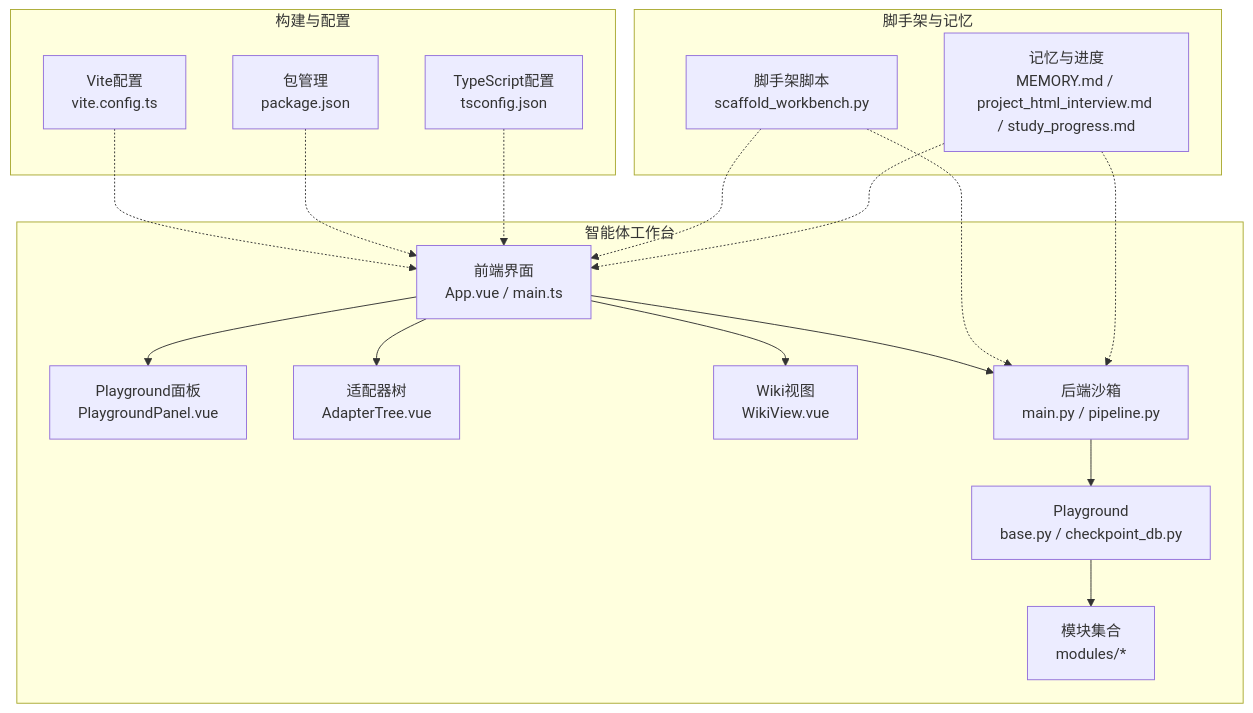
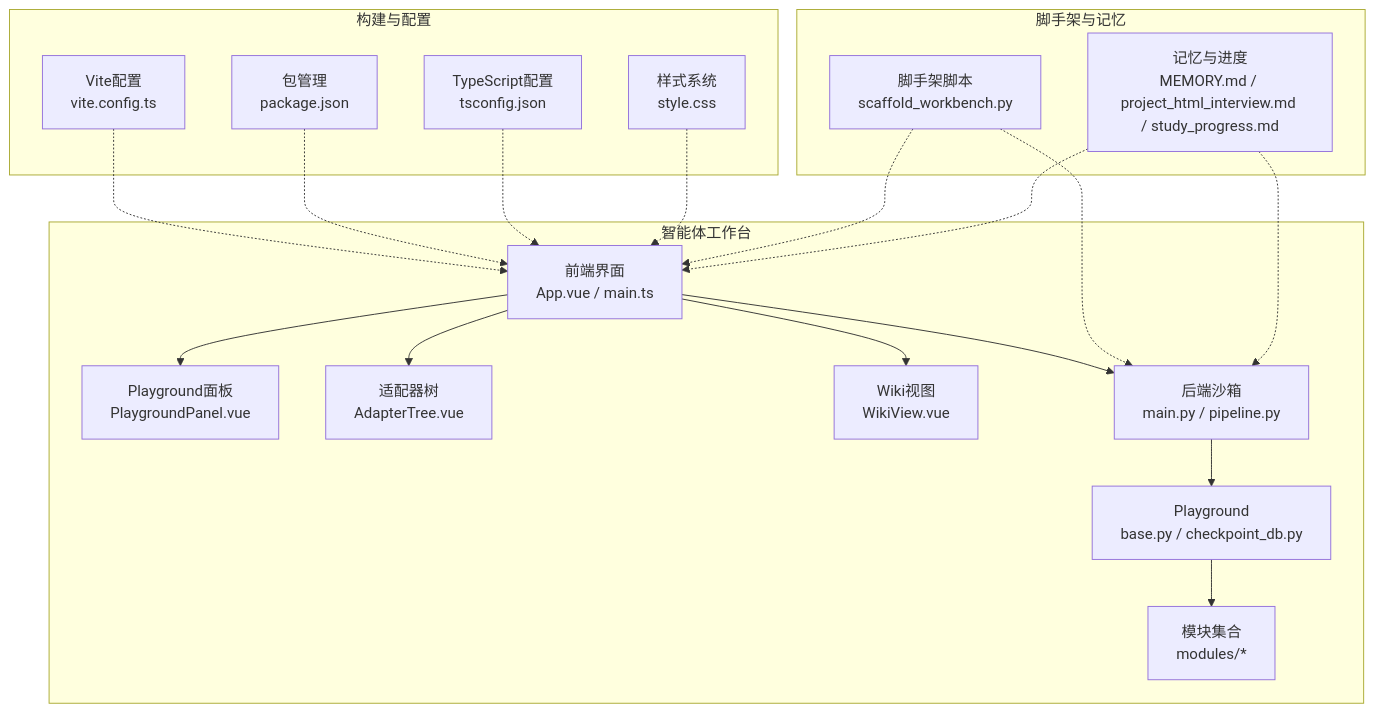
The first of 4 diagrams in .qoder/repowiki/zh/content/智能体工程/智能体工作台开发.md (king-l6/agent_application_development), drawn with Mermaid before and after one commit. The commit also changed other lines of this file and 425 other files, not shown here.

````diff
--- a/.qoder/repowiki/zh/content/智能体工程/智能体工作台开发.md
+++ b/.qoder/repowiki/zh/content/智能体工程/智能体工作台开发.md
@@ -78,34 +84,36 @@
 ```mermaid
 graph TB
 subgraph "智能体工作台"
 FE["前端界面<br/>App.vue / main.ts"]
 PG["Playground面板<br/>PlaygroundPanel.vue"]
 AT["适配器树<br/>AdapterTree.vue"]
 WIKI["Wiki视图<br/>WikiView.vue"]
 BE["后端沙箱<br/>main.py / pipeline.py"]
 PGS["Playground<br/>base.py / checkpoint_db.py"]
 MOD["模块集合<br/>modules/*"]
 end
 subgraph "构建与配置"
 VITE["Vite配置<br/>vite.config.ts"]
 PKG["包管理<br/>package.json"]
 TS["TypeScript配置<br/>tsconfig.json"]
+CSS["样式系统<br/>style.css"]
 end
 subgraph "脚手架与记忆"
 SC["脚手架脚本<br/>scaffold_workbench.py"]
 MEM["记忆与进度<br/>MEMORY.md / project_html_interview.md / study_progress.md"]
 end
 FE --> BE
 FE --> PG
 FE --> AT
 FE --> WIKI
 BE --> PGS
 PGS --> MOD
 VITE -.-> FE
 PKG -.-> FE
 TS -.-> FE
+CSS -.-> FE
 SC -.-> BE
 SC -.-> FE
 MEM -.-> BE
 MEM -.-> FE
 ```
````
